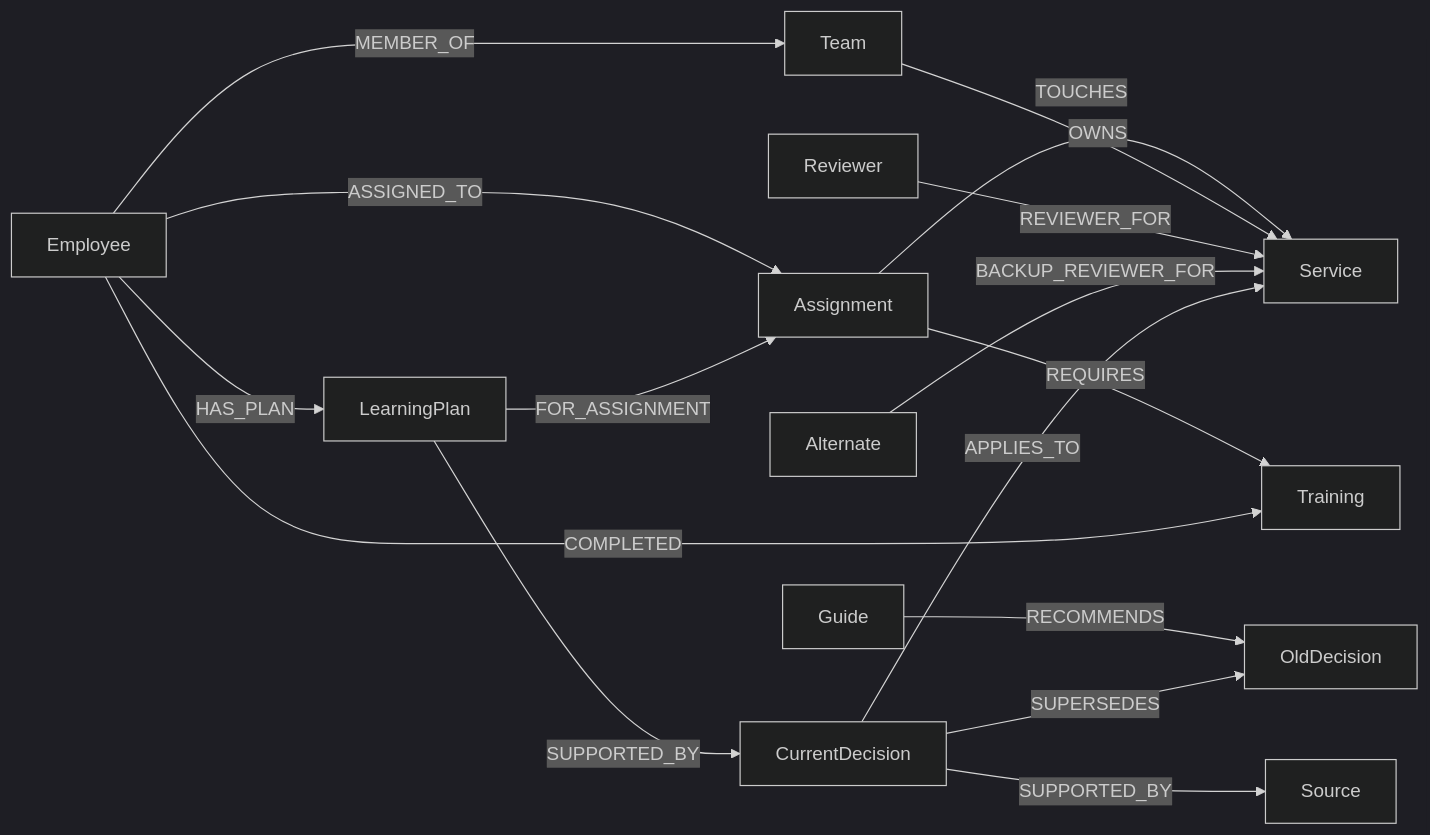
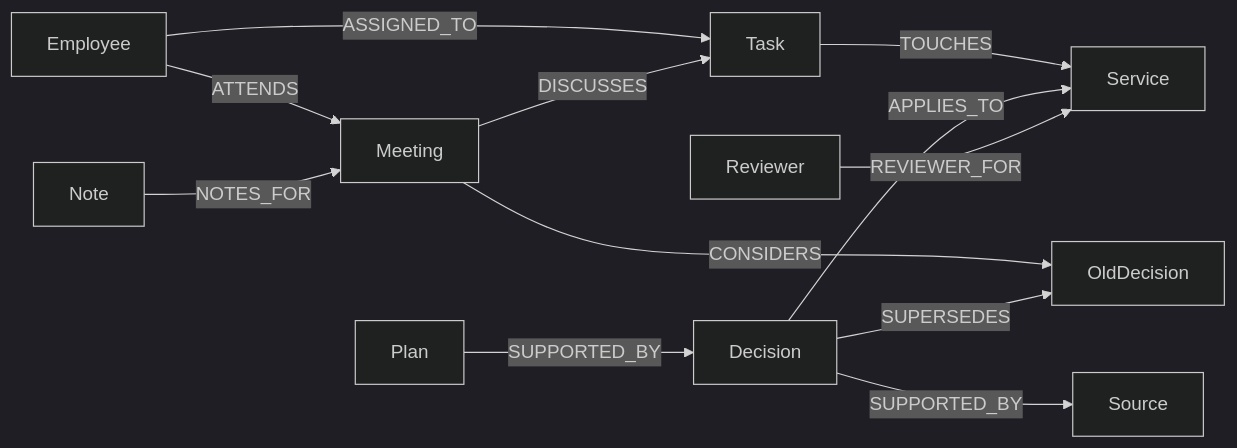
The diagram in README.md (sasivarnan/workweave-falkordb), drawn with Mermaid (dark theme) before and after one commit. The commit also changed other lines of this file and 28 other files, not shown here.

````diff
--- a/README.md
+++ b/README.md
@@ -34,18 +42,14 @@
 ```mermaid
 graph LR
- Employee -->|ASSIGNED_TO| Assignment
- Employee -->|MEMBER_OF| Team
- Assignment -->|TOUCHES| Service
- Team -->|OWNS| Service
+ Employee -->|ASSIGNED_TO| Task
+ Employee -->|ATTENDS| Meeting
+ Meeting -->|DISCUSSES| Task
+ Note -->|NOTES_FOR| Meeting
+ Meeting -->|CONSIDERS| OldDecision
+ Task -->|TOUCHES| Service
+ Decision -->|APPLIES_TO| Service
+ Decision -->|SUPERSEDES| OldDecision
+ Decision -->|SUPPORTED_BY| Source
  Reviewer -->|REVIEWER_FOR| Service
- Alternate -->|BACKUP_REVIEWER_FOR| Service
- Assignment -->|REQUIRES| Training
- Employee -->|COMPLETED| Training
- Guide -->|RECOMMENDS| OldDecision
- CurrentDecision -->|SUPERSEDES| OldDecision
- CurrentDecision -->|APPLIES_TO| Service
- CurrentDecision -->|SUPPORTED_BY| Source
- Employee -->|HAS_PLAN| LearningPlan
- LearningPlan -->|FOR_ASSIGNMENT| Assignment
- LearningPlan -->|SUPPORTED_BY| CurrentDecision
+ Plan -->|SUPPORTED_BY| Decision
 ```
````
